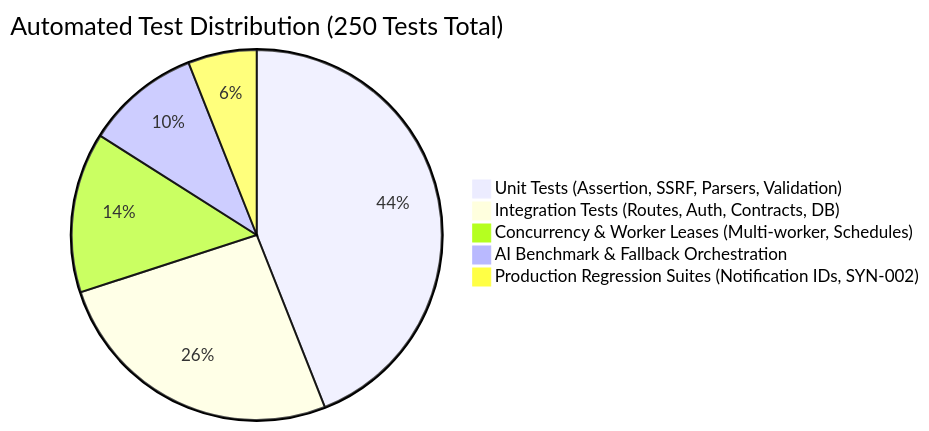
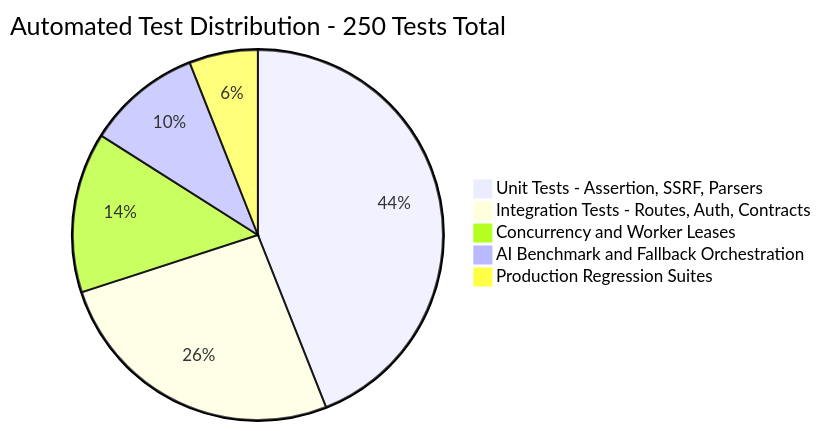
One commit to ritesh0w0/APIDash changed the diagram in docs/architecture/testing-architecture.md. Above: the diagram before and after it, drawn with Mermaid. The commit also changed other lines of this file and 18 other files, not shown here.

Commit message:
fix(docs): resolve GitHub Mermaid parser syntax errors across all diagrams

````diff
--- a/docs/architecture/testing-architecture.md
+++ b/docs/architecture/testing-architecture.md
@@ -9,8 +9,8 @@
 ```mermaid
-pie title Automated Test Distribution (250 Tests Total)
-    "Unit Tests (Assertion, SSRF, Parsers, Validation)" : 110
-    "Integration Tests (Routes, Auth, Contracts, DB)" : 65
-    "Concurrency & Worker Leases (Multi-worker, Schedules)" : 35
-    "AI Benchmark & Fallback Orchestration" : 25
-    "Production Regression Suites (Notification IDs, SYN-002)" : 15
+pie title Automated Test Distribution - 250 Tests Total
+    "Unit Tests - Assertion, SSRF, Parsers" : 110
+    "Integration Tests - Routes, Auth, Contracts" : 65
+    "Concurrency and Worker Leases" : 35
+    "AI Benchmark and Fallback Orchestration" : 25
+    "Production Regression Suites" : 15
 ```
````
